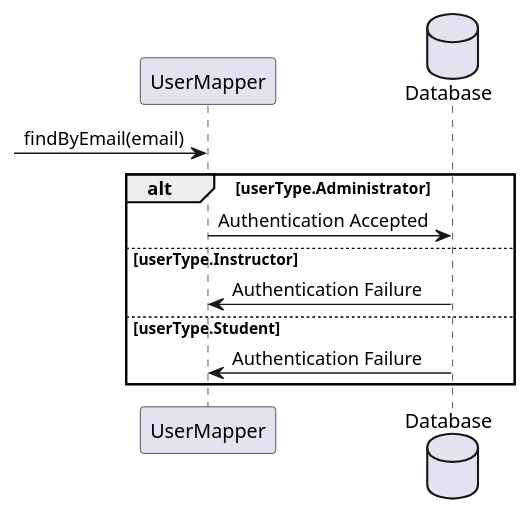
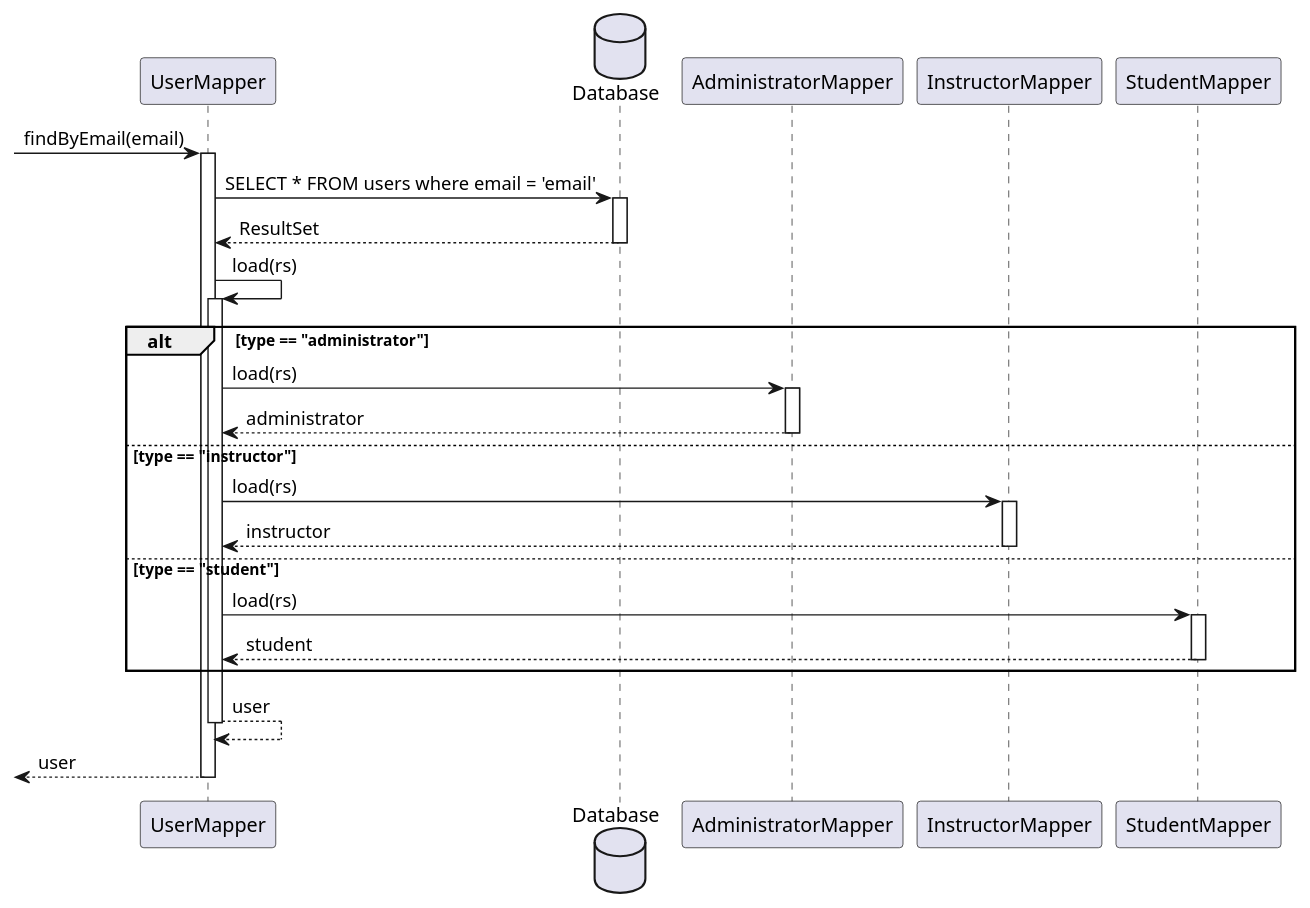
Before and after one commit to omjadas/ekzameno: the diagram in docs/diagrams/sequence/singleTableInheritance.puml, drawn with PlantUML. The commit also changed 6 other files, not shown here.

Commit message:
fix: sequence diagrams

```diff
--- a/docs/diagrams/sequence/singleTableInheritance.puml
+++ b/docs/diagrams/sequence/singleTableInheritance.puml
@@ -1,22 +1,55 @@
 @startuml Single Table Inheritance
 
 participant "UserMapper" as A
 database Database as B
+participant "AdministratorMapper" as C
+participant "InstructorMapper" as D
+participant "StudentMapper" as E
 
 -> A: findByEmail(email)
+activate A
 
-alt userType.Administrator
+A -> B: SELECT * FROM users where email = 'email'
+activate B
 
-    A -> B: Authentication Accepted
+B --> A: ResultSet
+deactivate B
 
-else userType.Instructor
+A -> A: load(rs)
+activate A
 
-    B -> A: Authentication Failure
+alt type == "administrator"
 
-else userType.Student
+    A -> C: load(rs)
+    activate C
 
-   B -> A: Authentication Failure
+    C --> A: administrator
+    deactivate C
+
+else type == "instructor"
+
+    A -> D: load(rs)
+    activate D
+
+    D --> A : instructor
+    deactivate D
+
+else type == "student"
+
+    A -> E: load(rs)
+    activate E
+
+    E --> A: student
+    deactivate E
 
 end
 
+A --> A: user
+
+deactivate A
+
+<-- A: user
+
+deactivate A
+
 @enduml
```
